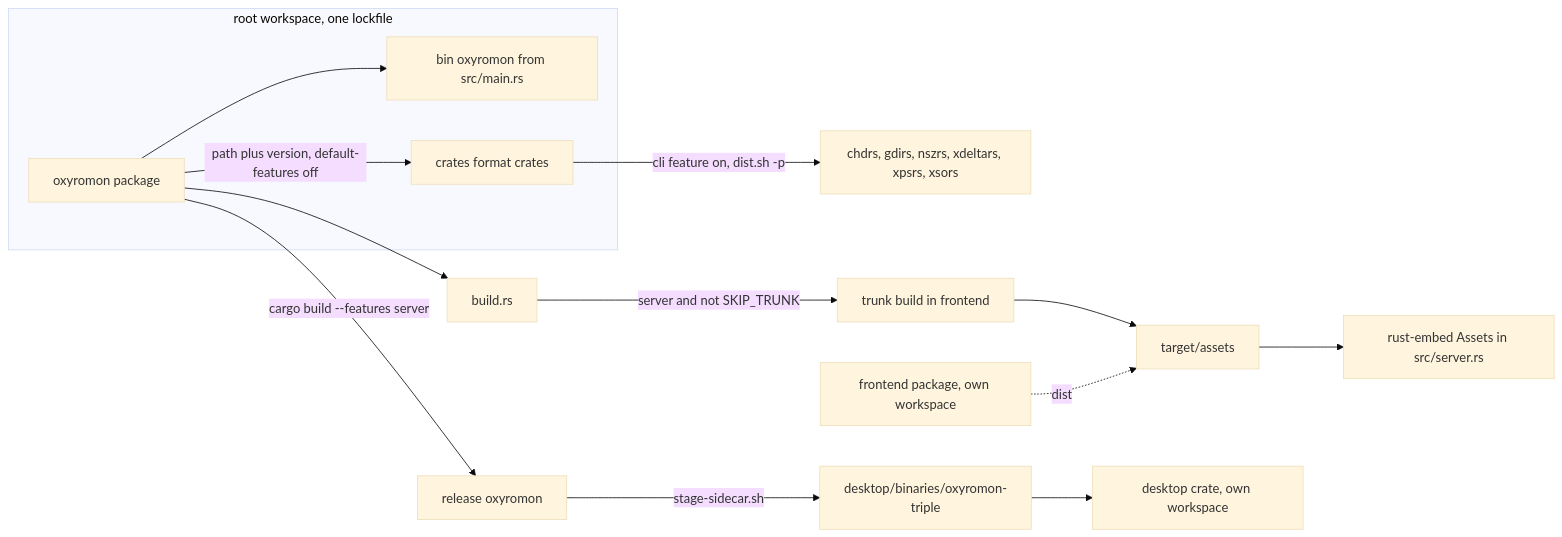
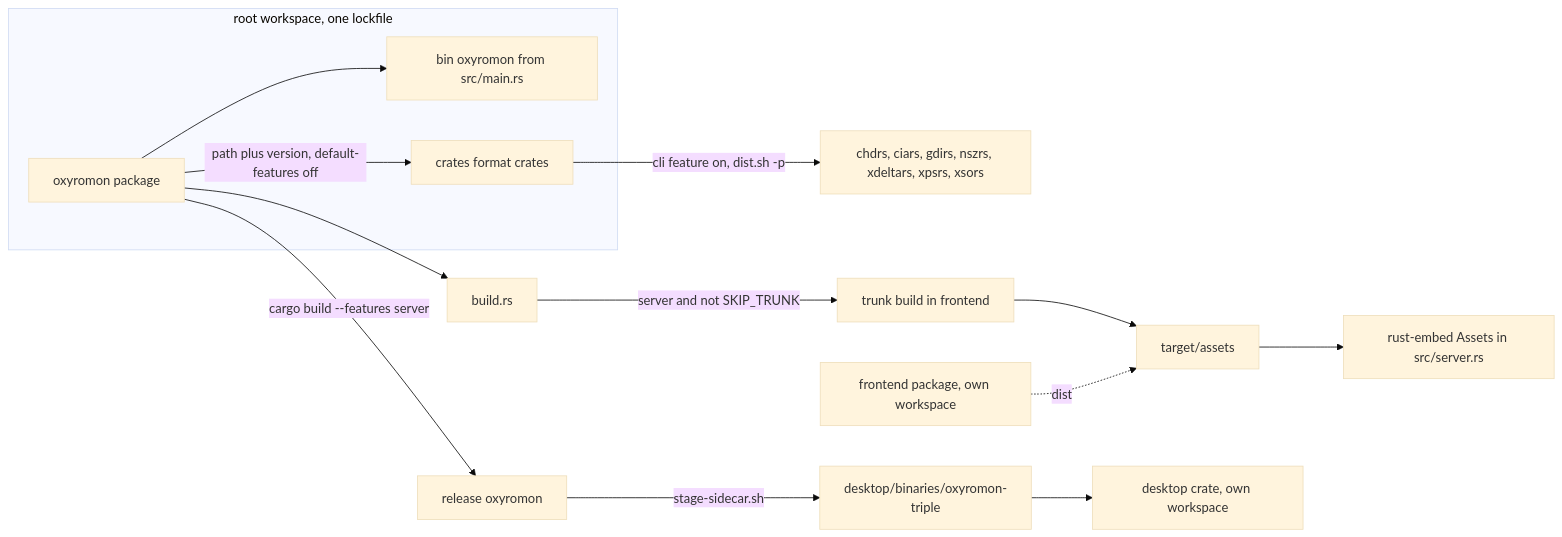
Before and after one commit to alucryd/oxyromon: the second of 3 diagrams in openwiki/architecture/feature-flags-and-build-topology.md, drawn with Mermaid (base theme). The commit also changed other lines of this file and 108 other files, not shown here.

````diff
--- a/openwiki/architecture/feature-flags-and-build-topology.md
+++ b/openwiki/architecture/feature-flags-and-build-topology.md
@@ -391,17 +389,17 @@
 ```mermaid
 flowchart LR
   subgraph root["root workspace, one lockfile"]
     PKG["oxyromon package"] --> MAIN["bin oxyromon from src/main.rs"]
     CRATES["crates format crates"]
   end
   PKG -->|"path plus version, default-features off"| CRATES
-  CRATES -->|"cli feature on, dist.sh -p"| CLI["chdrs, gdirs, nszrs, xdeltars, xpsrs, xsors"]
+  CRATES -->|"cli feature on, dist.sh -p"| CLI["chdrs, ciars, gdirs, nszrs, xdeltars, xpsrs, xsors"]
   PKG --> BR["build.rs"]
   BR -->|server and not SKIP_TRUNK| TRUNK["trunk build in frontend"]
   TRUNK --> ASSETS["target/assets"]
   ASSETS --> EMB["rust-embed Assets in src/server.rs"]
   FE["frontend package, own workspace"] -.->|dist| ASSETS
   PKG -->|cargo build --features server| BIN["release oxyromon"]
   BIN -->|stage-sidecar.sh| SIDECAR["desktop/binaries/oxyromon-triple"]
   SIDECAR --> DESK["desktop crate, own workspace"]
 ```
````
